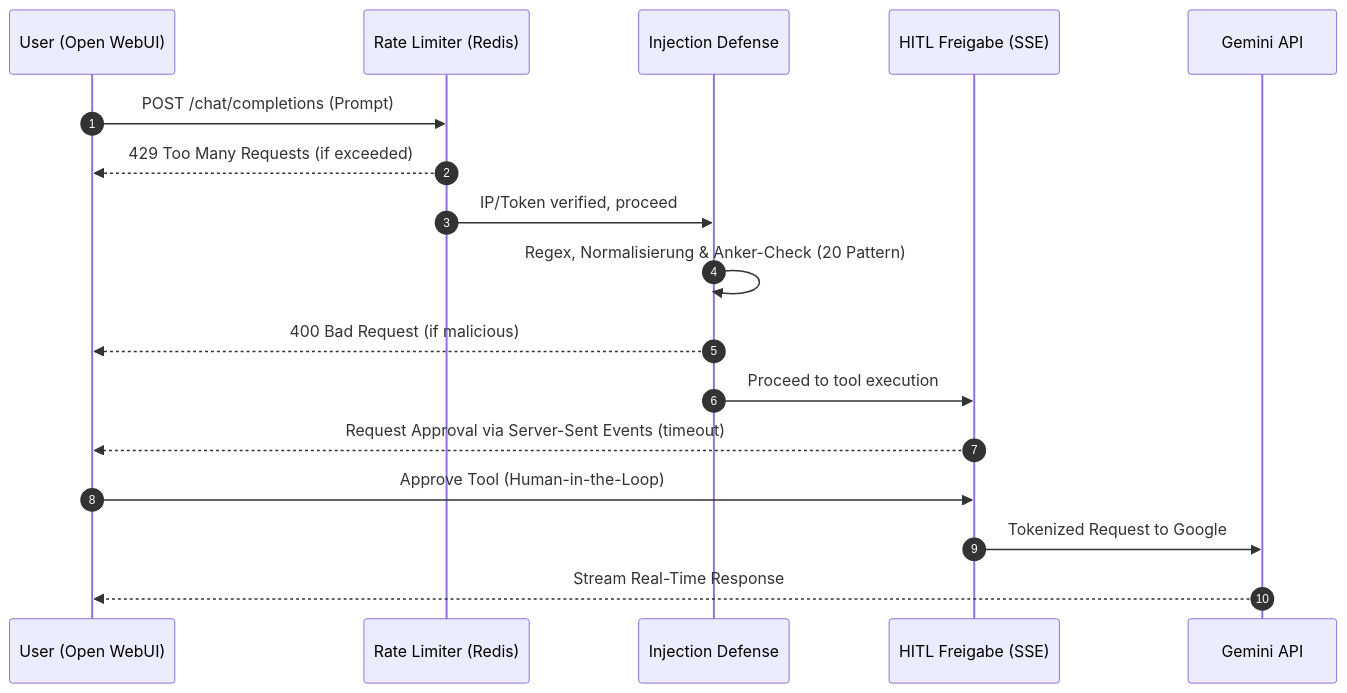
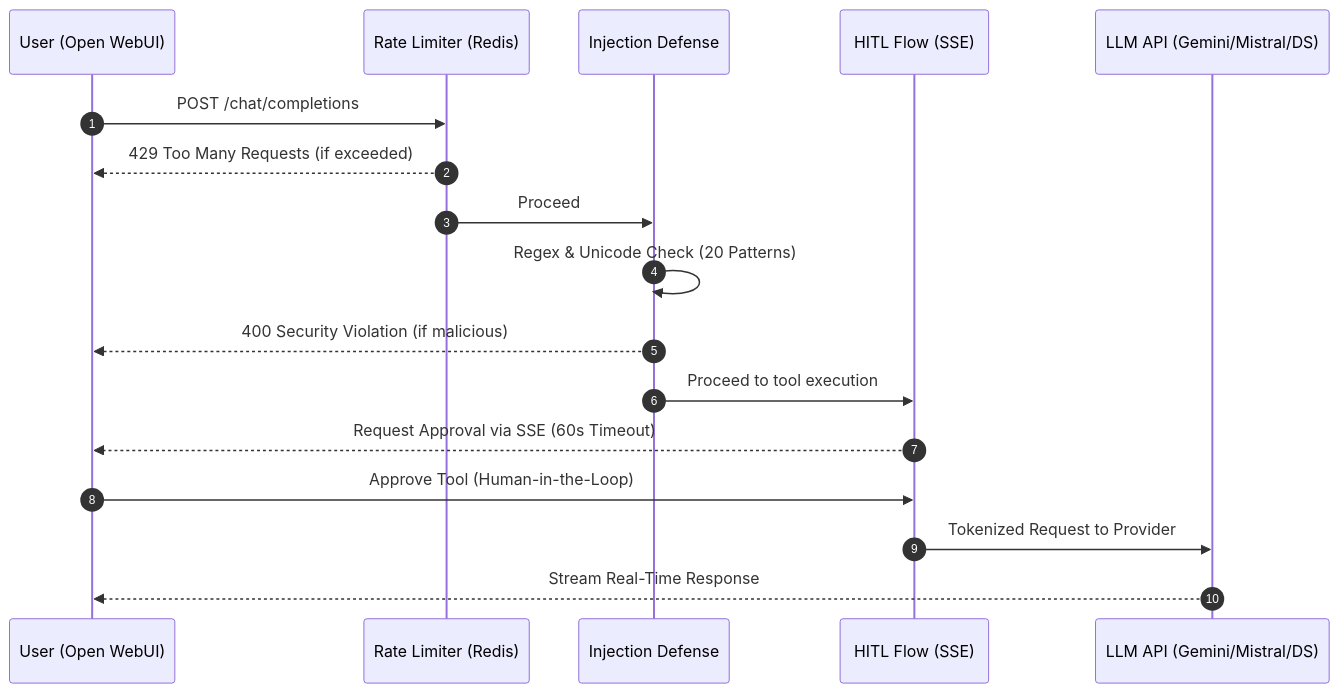
Before and after one commit to Infinizius/Aiworkhorse: the second of 2 diagrams in README.md, drawn with Mermaid. The commit also changed other lines of this file, not shown here.

````diff
--- a/README.md
+++ b/README.md
@@ -72,20 +73,20 @@
 ```mermaid
 sequenceDiagram
     autonumber
     participant U as User (Open WebUI)
     participant L as Rate Limiter (Redis)
     participant D as Injection Defense
-    participant H as HITL Freigabe (SSE)
-    participant G as Gemini API
+    participant H as HITL Flow (SSE)
+    participant G as LLM API (Gemini/Mistral/DS)
     
-    U->>L: POST /chat/completions (Prompt)
+    U->>L: POST /chat/completions
     L-->>U: 429 Too Many Requests (if exceeded)
-    L->>D: IP/Token verified, proceed
-    D->>D: Regex, Normalisierung & Anker-Check (20 Pattern)
-    D-->>U: 400 Bad Request (if malicious)
+    L->>D: Proceed
+    D->>D: Regex & Unicode Check (20 Patterns)
+    D-->>U: 400 Security Violation (if malicious)
     D->>H: Proceed to tool execution
-    H-->>U: Request Approval via Server-Sent Events (timeout)
+    H-->>U: Request Approval via SSE (60s Timeout)
     U->>H: Approve Tool (Human-in-the-Loop)
-    H->>G: Tokenized Request to Google
+    H->>G: Tokenized Request to Provider
     G-->>U: Stream Real-Time Response
 ```
````
